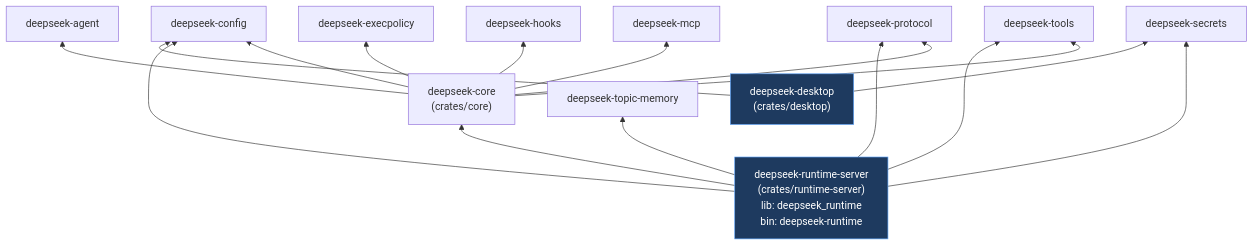
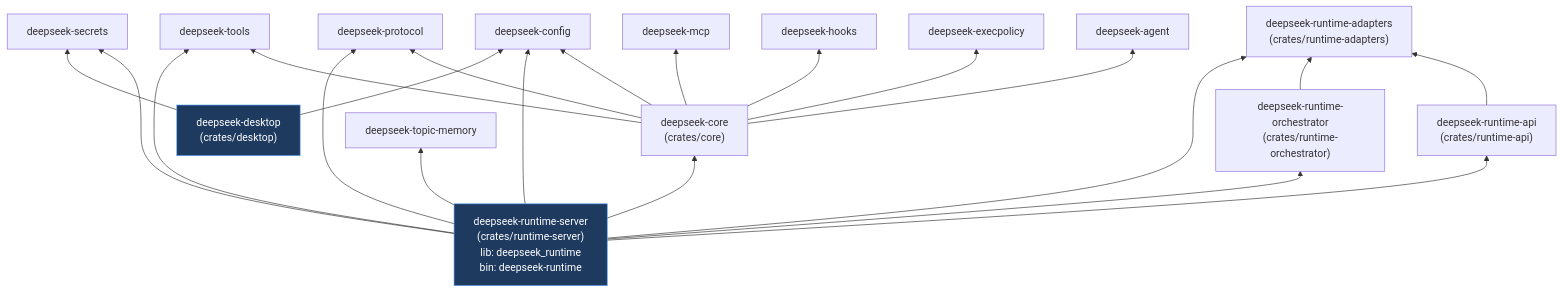
Before and after one commit to didclawapp-ai/zagens: the third of 5 diagrams in docs/tech/RUNTIME_ARCHITECTURE.md, drawn with Mermaid. The commit also changed other lines of this file and 18 other files, not shown here.

````diff
--- a/docs/tech/RUNTIME_ARCHITECTURE.md
+++ b/docs/tech/RUNTIME_ARCHITECTURE.md
@@ -215,36 +215,44 @@
 ```mermaid
 flowchart BT
     DESK["deepseek-desktop<br/>(crates/desktop)"]
     RT["deepseek-runtime-server<br/>(crates/runtime-server)<br/>lib: deepseek_runtime<br/>bin: deepseek-runtime"]
+    RTAPI["deepseek-runtime-api<br/>(crates/runtime-api)"]
+    RTO["deepseek-runtime-orchestrator<br/>(crates/runtime-orchestrator)"]
+    RTAD["deepseek-runtime-adapters<br/>(crates/runtime-adapters)"]
     CORE["deepseek-core<br/>(crates/core)"]
     TM["deepseek-topic-memory"]
     PROTO["deepseek-protocol"]
     CFG["deepseek-config"]
     SEC["deepseek-secrets"]
     TOOLS["deepseek-tools"]
     AGENT["deepseek-agent"]
     EXEC["deepseek-execpolicy"]
     HOOKS["deepseek-hooks"]
     MCP["deepseek-mcp"]
 
     DESK --> CFG
     DESK --> SEC
 
+    RT --> RTAPI
+    RT --> RTO
+    RT --> RTAD
     RT --> CORE
     RT --> CFG
     RT --> SEC
     RT --> PROTO
     RT --> TOOLS
     RT --> TM
+    RTO --> RTAD
+    RTAPI --> RTAD
 
     CORE --> AGENT
     CORE --> CFG
     CORE --> EXEC
     CORE --> HOOKS
     CORE --> MCP
     CORE --> PROTO
     CORE --> TOOLS
 
     classDef product fill:#1e3a5f,stroke:#60a5fa,color:#fff
     class DESK,RT product
 ```
````
